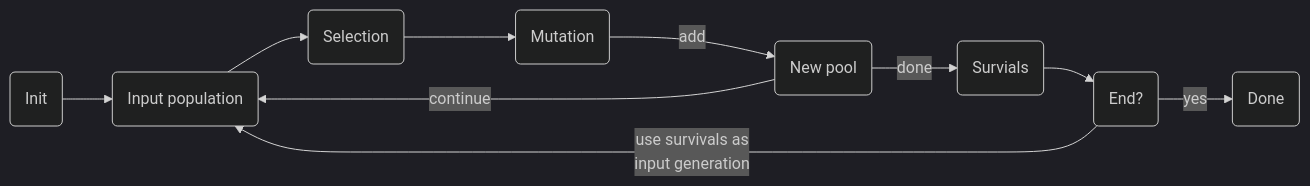
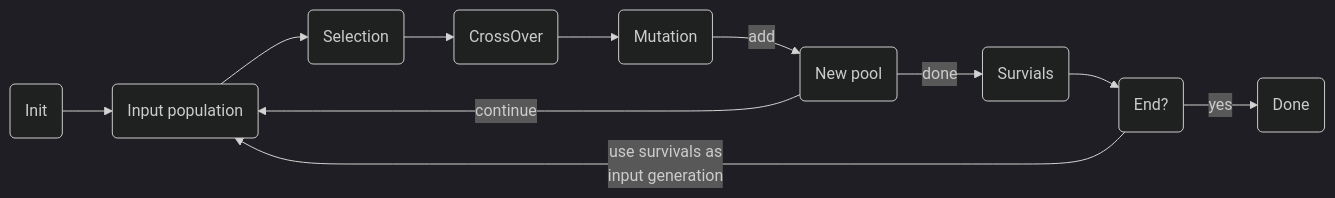
The diagram in readme.md (sbiemont/galgogene), drawn with Mermaid (dark theme) before and after one commit. The commit also changed other lines of this file and 7 other files, not shown here.

````diff
--- a/readme.md
+++ b/readme.md
@@ -240,17 +262,18 @@
 ```mermaid
 graph LR
   init(Init)
   survive(Survials)
   select(Selection)
+  crossover(CrossOver)
   mutate(Mutation)
   pool(New pool)
   termination(End?)
   start(Input population)
 
   init --> start
-  start --> select --> mutate -->|add| pool
+  start --> select --> crossover --> mutate -->|add| pool
   pool -->|continue| start
   pool -->|done| survive --> termination
   termination -->|yes| done(Done)
   termination -->|use survivals as<br>input generation| start
 ```
````
